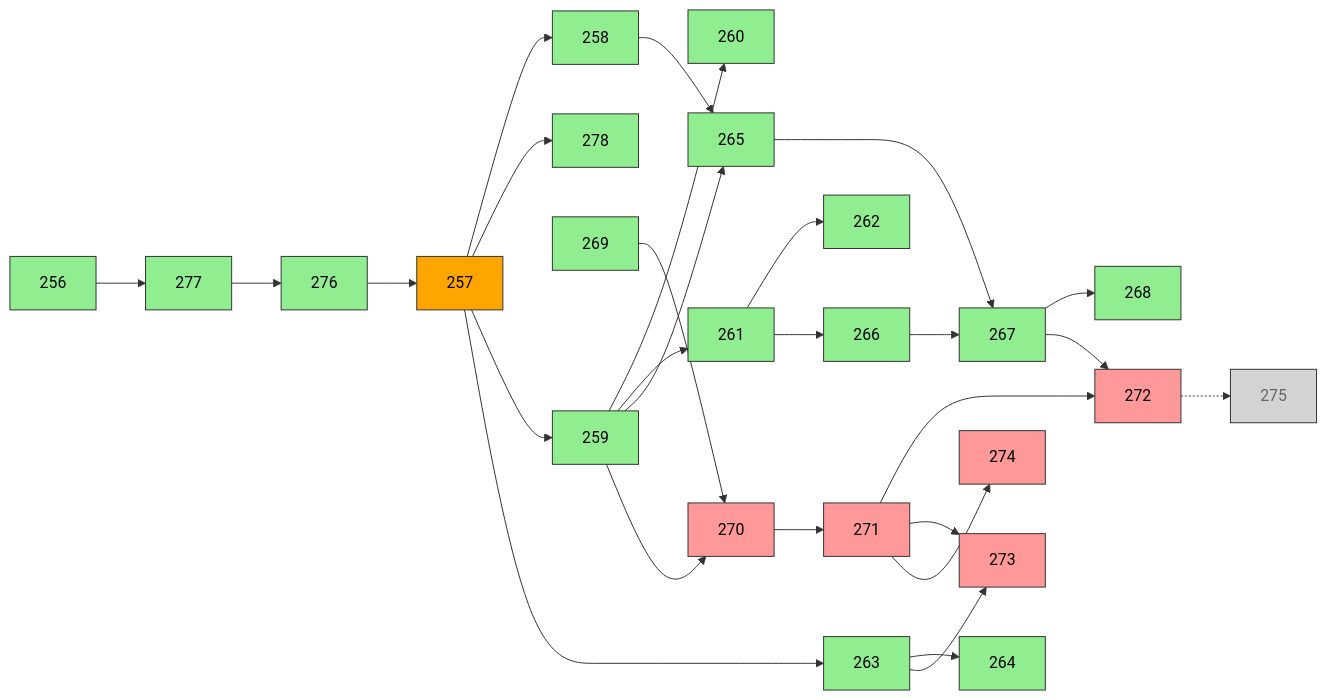
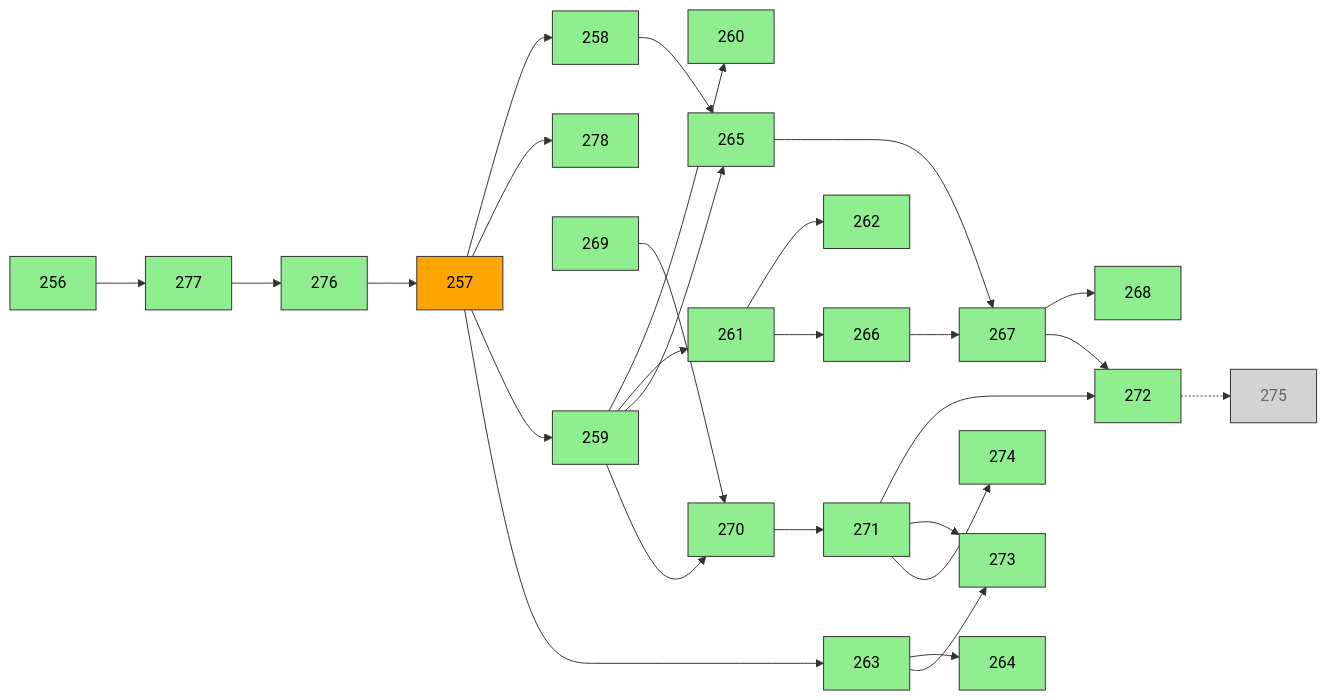
Before and after one commit to eremyperso/assistant-potager: the second of 2 diagrams in docs/EPIC - COMPAGNON CONVERSATIONNEL/CADRAGE_COMPAGNON_ACTIF.md, drawn with Mermaid. The commit also changed other lines of this file and 72 other files, not shown here.

````diff
--- a/docs/EPIC - COMPAGNON CONVERSATIONNEL/CADRAGE_COMPAGNON_ACTIF.md
+++ b/docs/EPIC - COMPAGNON CONVERSATIONNEL/CADRAGE_COMPAGNON_ACTIF.md
@@ -664,29 +665,28 @@
 ```mermaid
 flowchart LR
     classDef realise fill:#90EE90,stroke:#333,color:#000;
     classDef encours fill:#FFA500,stroke:#333,color:#000;
     classDef afaire fill:#FF9999,stroke:#333,color:#000;
     classDef facultatif fill:#D3D3D3,stroke:#333,color:#666;
     
     256 --> 277 --> 276 --> 257 --> 258
     257 --> 278
     257 --> 259 --> 260
     259 --> 261 --> 262
     257 --> 263 --> 264
     258 --> 265
     259 --> 265
     261 --> 266 --> 267 --> 268
     265 --> 267
     269 --> 270 --> 271 --> 272
     259 --> 270
     267 --> 272
     263 --> 273
     271 --> 273
     271 --> 274
     272 -.-> 275
     
-    class 256,258,259,260,261,262,263,264,265,276,277,278,266,267,268,269 realise;
+    class 256,258,259,260,261,262,263,264,265,276,277,278,266,267,268,269,270,271,272,273,274 realise;
     class 257 encours;
-    class 270,271,272,273,274 afaire;
     class 275 facultatif;
 ```
````
